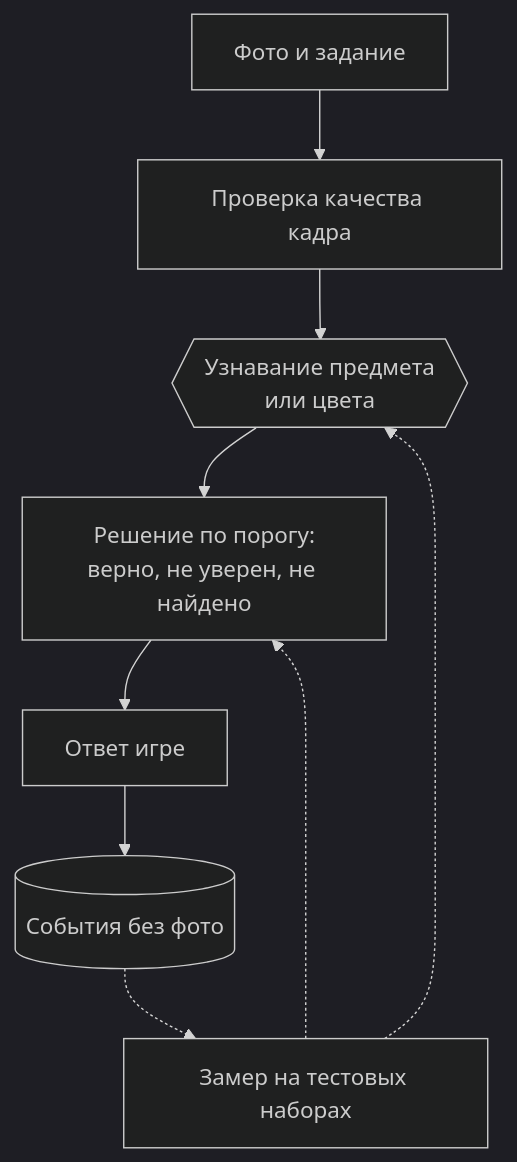
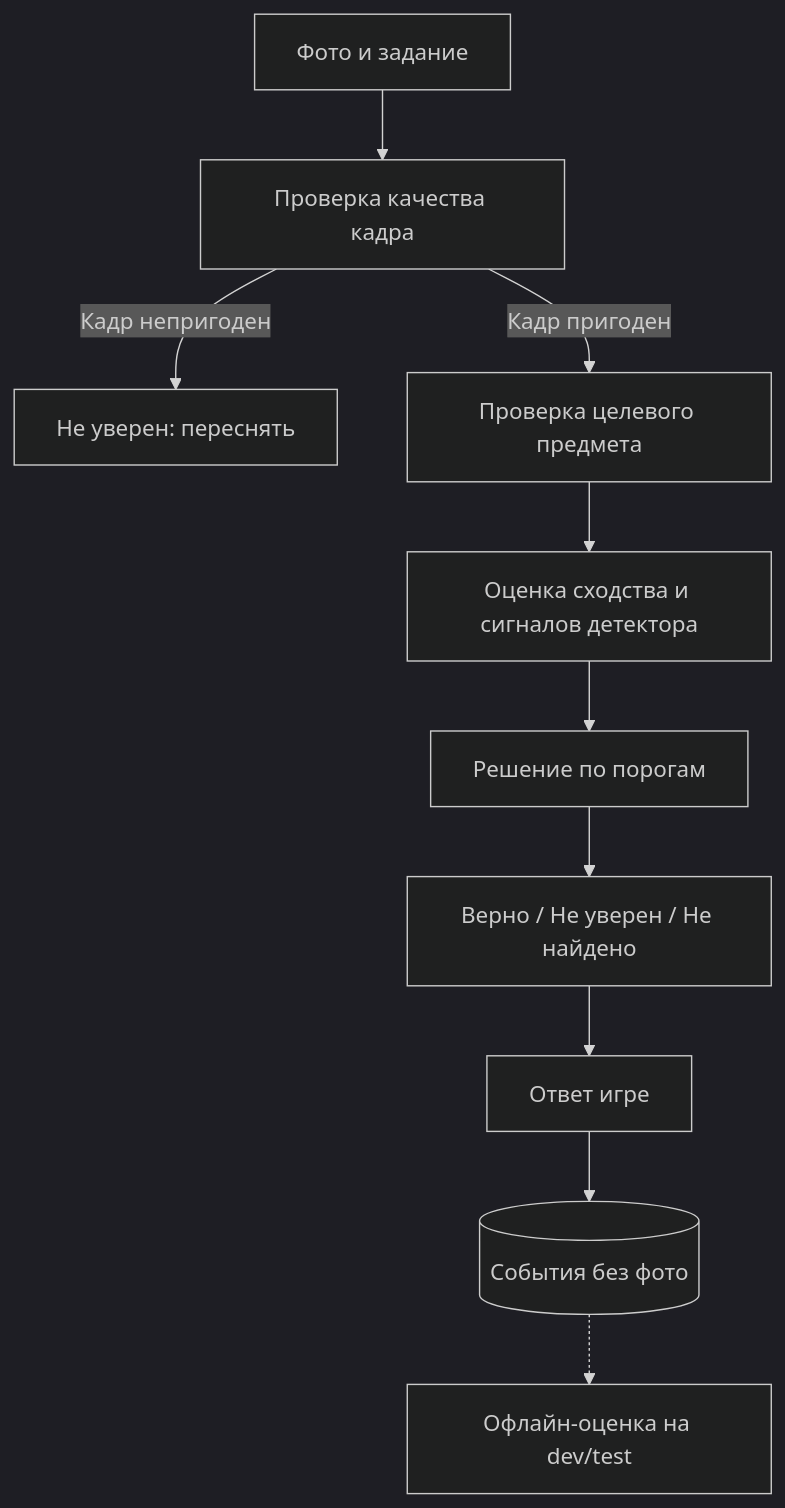
The diagram in docs/ml_system_design_doc.md (plekhovrodion/mlsd), drawn with Mermaid (dark theme) before and after one commit. The commit also changed other lines of this file, not shown here.

````diff
--- a/docs/ml_system_design_doc.md
+++ b/docs/ml_system_design_doc.md
@@ -84,11 +84,12 @@
 ```mermaid
 flowchart TD
     A[Фото и задание] --> B[Проверка качества кадра]
-    B --> C{{Узнавание предмета<br/>или цвета}}
-    C --> D[Решение по порогу:<br/>верно, не уверен, не найдено]
-    D --> E[Ответ игре]
-    E --> F[(События без фото)]
-    F -.-> G[Замер на тестовых наборах]
-    G -.-> C
-    G -.-> D
+    B -->|Кадр непригоден| U[Не уверен: переснять]
+    B -->|Кадр пригоден| C[Проверка целевого предмета]
+    C --> D[Оценка сходства и сигналов детектора]
+    D --> E[Решение по порогам]
+    E --> F[Верно / Не уверен / Не найдено]
+    F --> G[Ответ игре]
+    G --> H[(События без фото)]
+    H -.-> I[Офлайн-оценка на dev/test]
 ```
````
